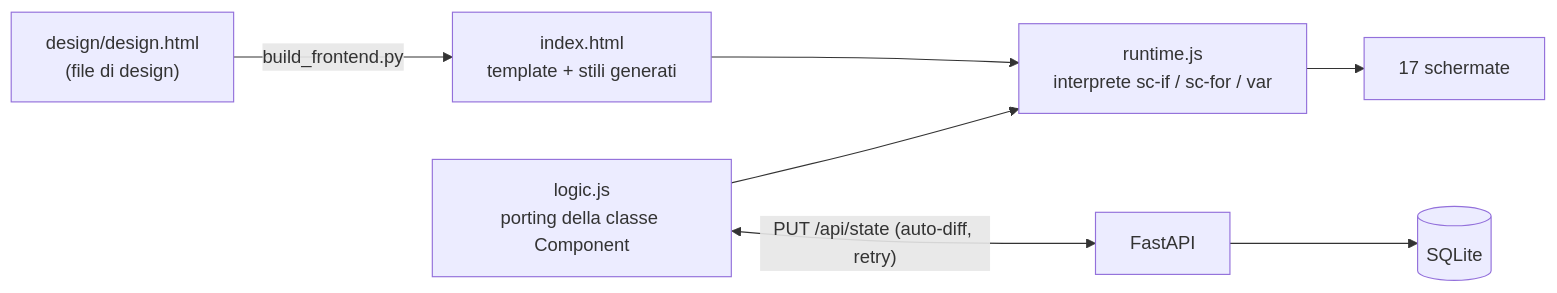
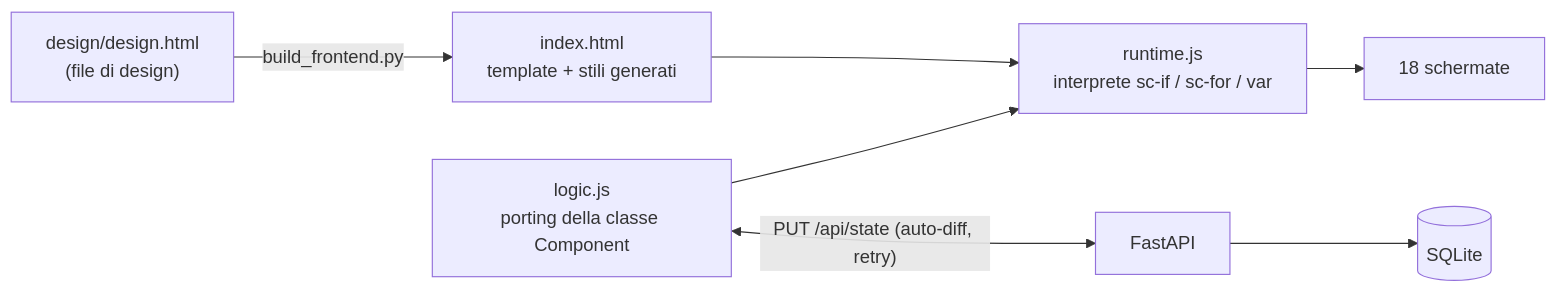
Before and after one commit to It-Energy-Ai/Logistica_Gas_Natural_Up_Stream: the diagram in README.md, drawn with Mermaid. The commit also changed other lines of this file and 12 other files, not shown here.

````diff
--- a/README.md
+++ b/README.md
@@ -71,9 +73,9 @@
 ```mermaid
 flowchart LR
     D["design/design.html<br>(file di design)"] -->|build_frontend.py| T["index.html<br>template + stili generati"]
     T --> R["runtime.js<br>interprete sc-if / sc-for / var"]
     L["logic.js<br>porting della classe Component"] --> R
-    R --> UI["17 schermate"]
+    R --> UI["18 schermate"]
     L <-->|"PUT /api/state (auto-diff, retry)"| B["FastAPI"]
     B --> DB[("SQLite")]
 ```
````
